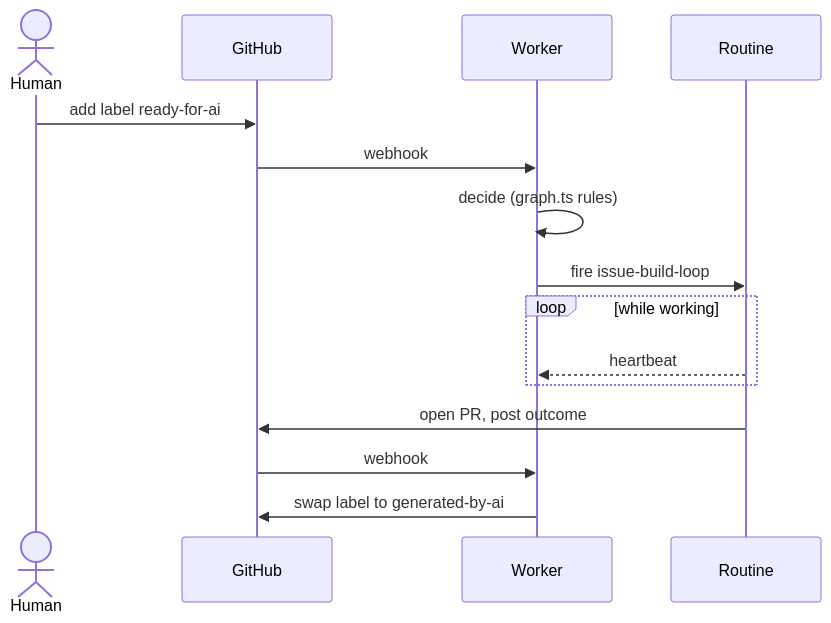
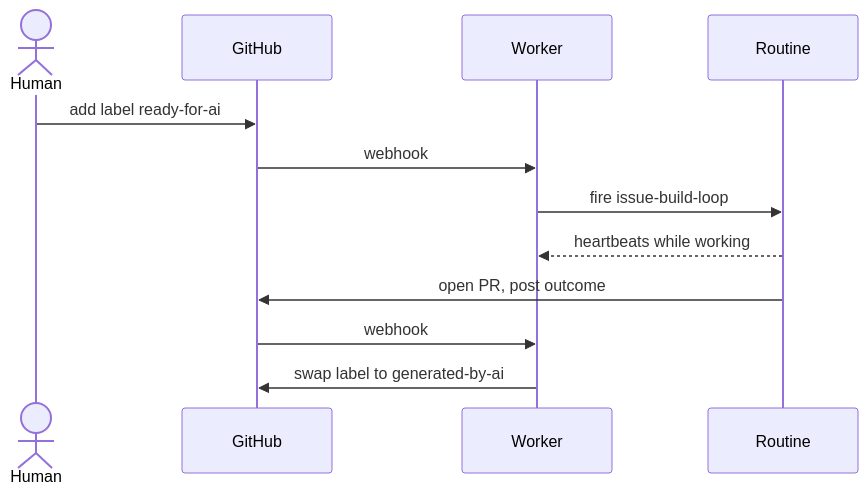
Before and after one commit to hifi-phil/umbraco-mcp-ops: the second of 5 diagrams in docs/agent-orchestration/04-architecture.md, drawn with Mermaid. The commit also changed other lines of this file, not shown here.

Commit message:
docs(agent-orchestration): diagrams a size bigger; one run without the decide arrow and loop box

````diff
--- a/docs/agent-orchestration/04-architecture.md
+++ b/docs/agent-orchestration/04-architecture.md
@@ -43,18 +43,16 @@
 ```mermaid
+%%{init: {"themeVariables": {"fontSize": "20px"}}}%%
 sequenceDiagram
     actor H as Human
     participant GH as GitHub
     participant W as Worker
     participant R as Routine
 
     H->>GH: add label ready-for-ai
     GH->>W: webhook
-    W->>W: decide (graph.ts rules)
     W->>R: fire issue-build-loop
-    loop while working
-        R-->>W: heartbeat
-    end
+    R-->>W: heartbeats while working
     R->>GH: open PR, post outcome
     GH->>W: webhook
     W->>GH: swap label to generated-by-ai
 ```
````
